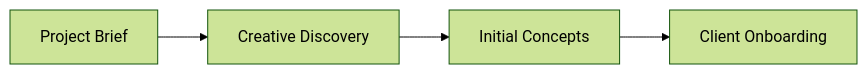
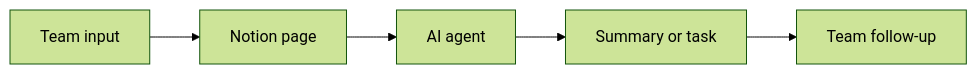
Before and after one commit to javeed-321/documentationai-wiki: the diagram in quickstart.mdx, drawn with Mermaid (forest theme). The commit also changed other lines of this file and 14 other files, not shown here.

````diff
--- a/quickstart.mdx
+++ b/quickstart.mdx
@@ -109,6 +111,7 @@
 ```mermaid
 graph LR
-    A[Project Brief] --> B[Creative Discovery]
-    B --> C[Initial Concepts]
-    C --> D[Client Onboarding]
+    A[Team input] --> B[Notion page]
+    B --> C[AI agent]
+    C --> D[Summary or task]
+    D --> E[Team follow-up]
 ```
````
